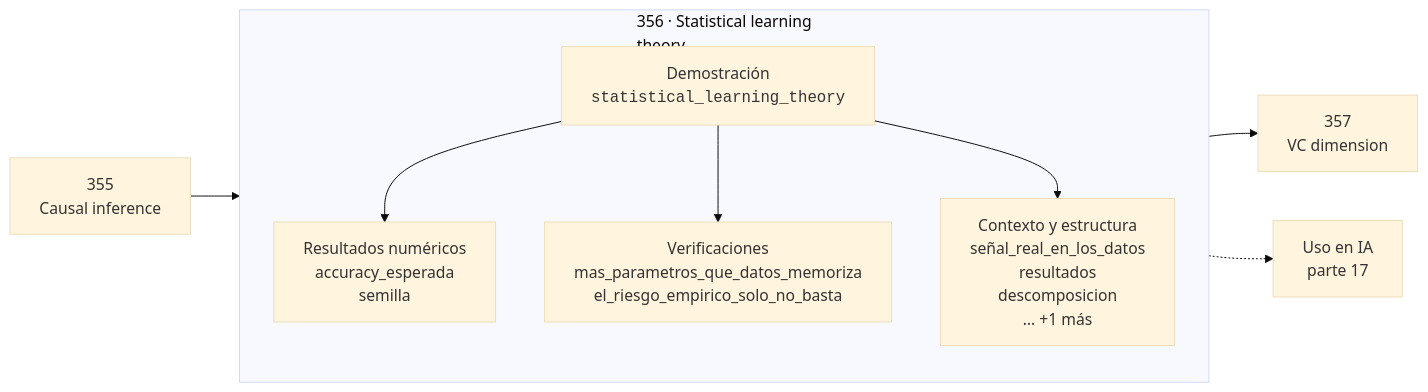
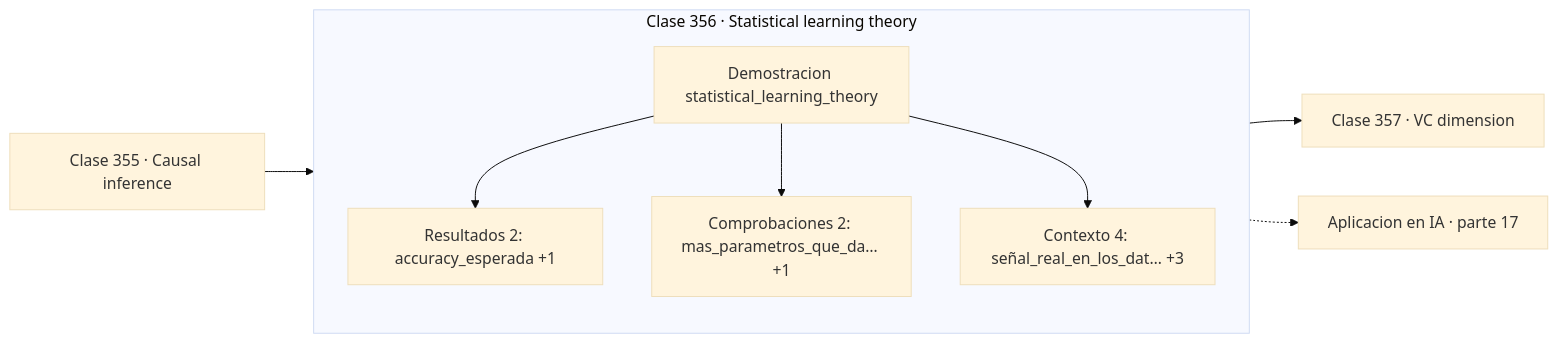
Before and after one commit to vladimiracunadev-create/computational-mathematics-program: the diagram in classes/part-17-frontera-matematica-para-ia-e-investigacion/356-statistical-learning-theory/README.md, drawn with Mermaid (base theme). The commit also changed 389 other files, not shown here.

First line of the commit message:
fix(diagramas): elimina el HTML de las etiquetas Mermaid

````diff
--- a/classes/part-17-frontera-matematica-para-ia-e-investigacion/356-statistical-learning-theory/README.md
+++ b/classes/part-17-frontera-matematica-para-ia-e-investigacion/356-statistical-learning-theory/README.md
@@ -30,12 +30,13 @@
 ```mermaid
 flowchart LR
-    P["355<br/>Causal inference"] --> C
-    subgraph C["356 · Statistical learning<br/>theory"]
+    P["Clase 355 · Causal inference"] --> D
+    subgraph CLASE["Clase 356 · Statistical learning theory"]
         direction TB
-        D["Demostración<br/><code>statistical_learning_theory</code>"] --> R["Resultados numéricos<br/>accuracy_esperada<br/>semilla"]
-        D --> V["Verificaciones<br/>mas_parametros_que_datos_memoriza<br/>el_riesgo_empirico_solo_no_basta"]
-        D --> O["Contexto y estructura<br/>señal_real_en_los_datos<br/>resultados<br/>descomposicion<br/>… +1 más"]
+        D["Demostracion statistical_learning_theory"]
+        D --> R["Resultados 2: accuracy_esperada +1"]
+        D --> V["Comprobaciones 2: mas_parametros_que_da… +1"]
+        D --> O["Contexto 4: señal_real_en_los_dat… +3"]
     end
-    C --> N["357<br/>VC dimension"]
-    C -.-> IA["Uso en IA<br/>parte 17"]
+    R --> N["Clase 357 · VC dimension"]
+    V -.-> IA["Aplicacion en IA · parte 17"]
 ```
````
